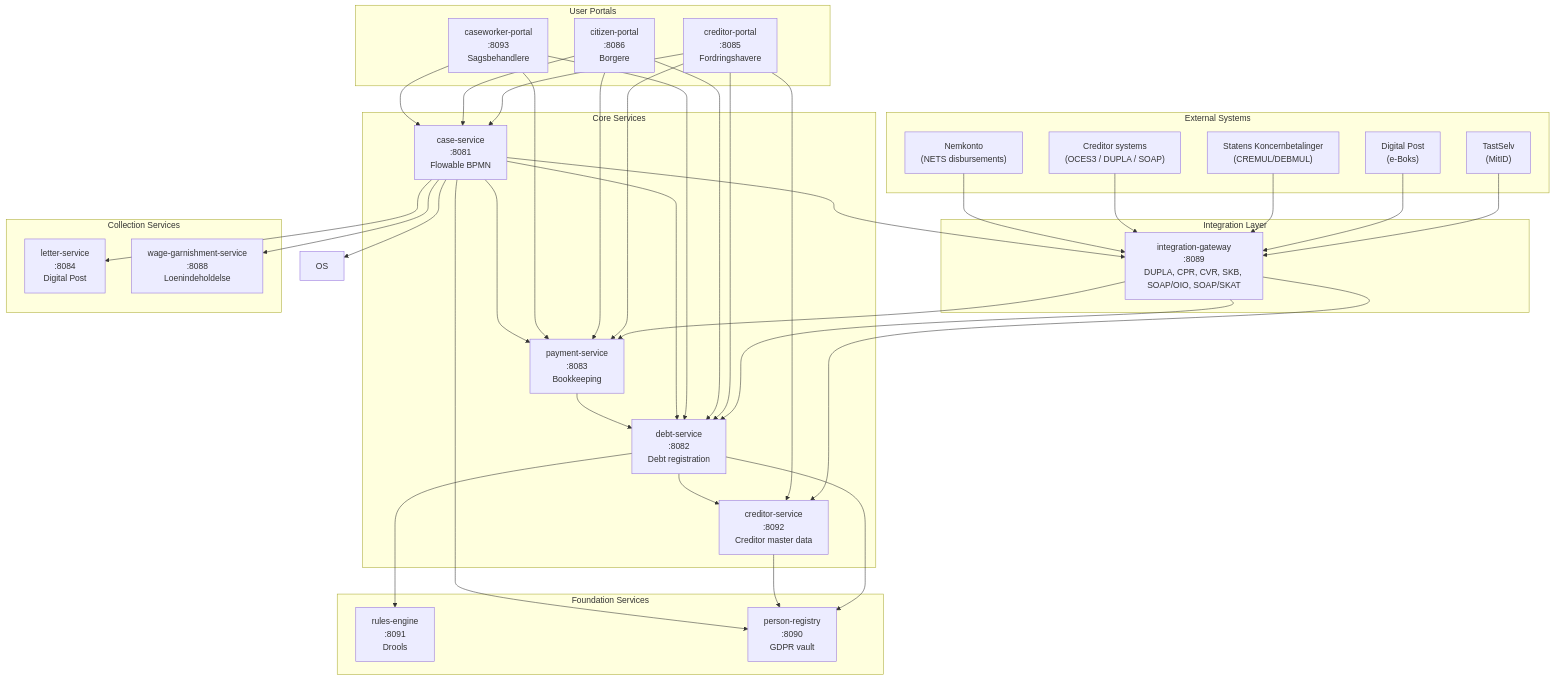
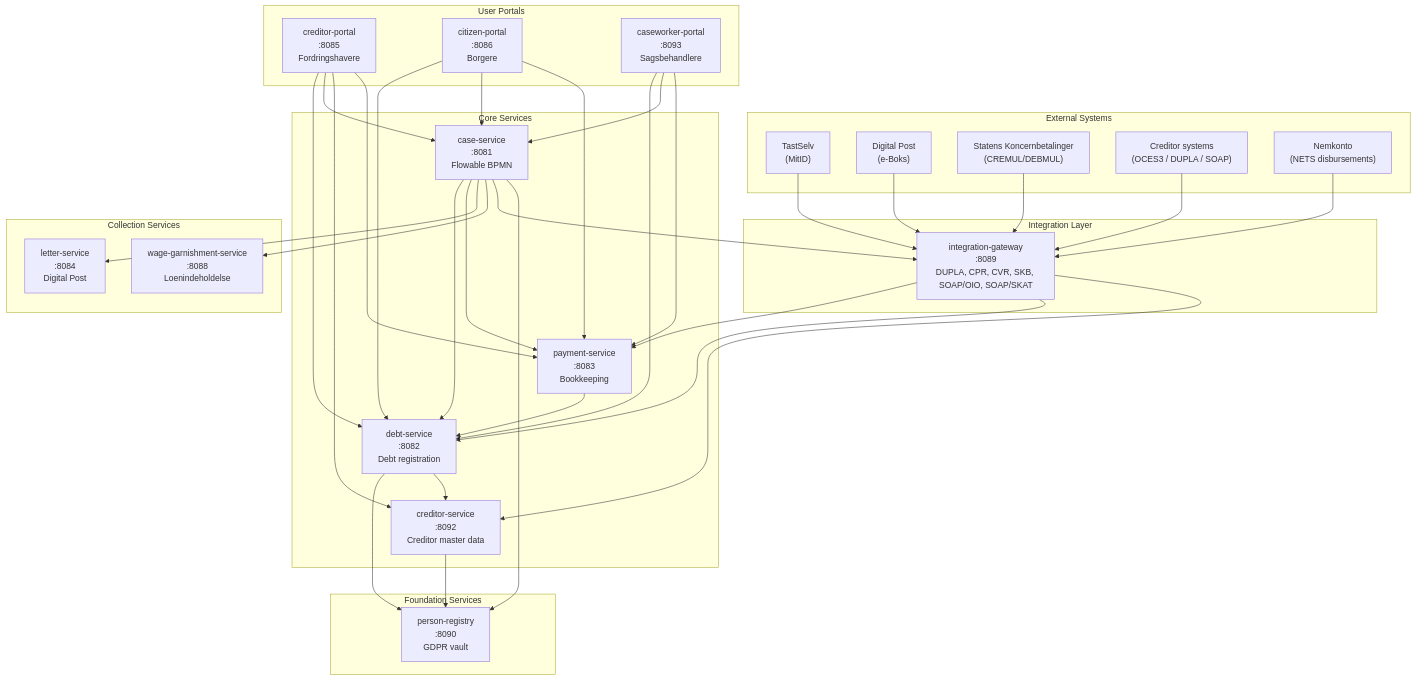
Before and after one commit to mfhens/opendebt: the first of 8 diagrams in architecture/overview.md, drawn with Mermaid. The commit also changed other lines of this file and 7 other files, not shown here.

````diff
--- a/architecture/overview.md
+++ b/architecture/overview.md
@@ -7,72 +7,68 @@
 ```mermaid
 graph TB
     subgraph External["External Systems"]
         TastSelv["TastSelv<br/>(MitID)"]
         DigitalPost["Digital Post<br/>(e-Boks)"]
         SKB["Statens Koncernbetalinger<br/>(CREMUL/DEBMUL)"]
         ES["Creditor systems<br/>(OCES3 / DUPLA / SOAP)"]
         NK["Nemkonto<br/>(NETS disbursements)"]
     end
 
     subgraph Gateway["Integration Layer"]
         IG["integration-gateway<br/>:8089<br/>DUPLA, CPR, CVR, SKB, SOAP/OIO, SOAP/SKAT"]
     end
 
     subgraph Portals["User Portals"]
         CP["creditor-portal<br/>:8085<br/>Fordringshavere"]
         BP["citizen-portal<br/>:8086<br/>Borgere"]
         CW["caseworker-portal<br/>:8093<br/>Sagsbehandlere"]
     end
 
     subgraph Core["Core Services"]
         DS["debt-service<br/>:8082<br/>Debt registration"]
         CS["case-service<br/>:8081<br/>Flowable BPMN"]
         PS["payment-service<br/>:8083<br/>Bookkeeping"]
         CRS["creditor-service<br/>:8092<br/>Creditor master data"]
     end
 
     subgraph Collection["Collection Services"]
         LS["letter-service<br/>:8084<br/>Digital Post"]
         WG["wage-garnishment-service<br/>:8088<br/>Loenindeholdelse"]
     end
 
     subgraph Foundation["Foundation Services"]
-        RE["rules-engine<br/>:8091<br/>Drools"]
         PR["person-registry<br/>:8090<br/>GDPR vault"]
     end
 
     TastSelv --> IG
     DigitalPost --> IG
     SKB --> IG
     ES --> IG
     NK --> IG
 
     IG --> PS
     IG --> DS
     IG --> CRS
 
     CP --> DS
     CP --> CS
     CP --> CRS
     CP --> PS
     BP --> DS
     BP --> CS
     BP --> PS
     CW --> DS
     CW --> CS
     CW --> PS
 
     CS --> DS
     CS --> PS
     CS --> LS
-    CS --> OS
     CS --> WG
     CS --> IG
-
-    DS --> RE
     DS --> PR
     DS --> CRS
     CRS --> PR
     CS --> PR
     PS --> DS
 ```
````
